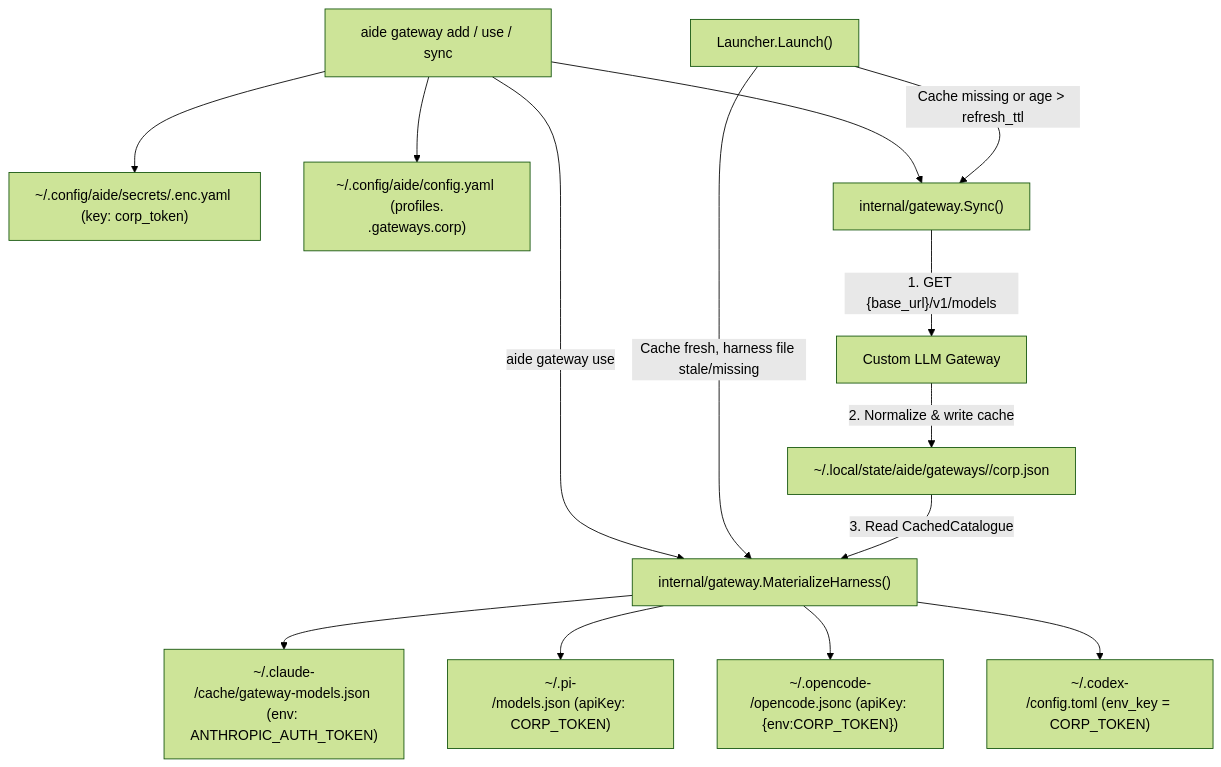
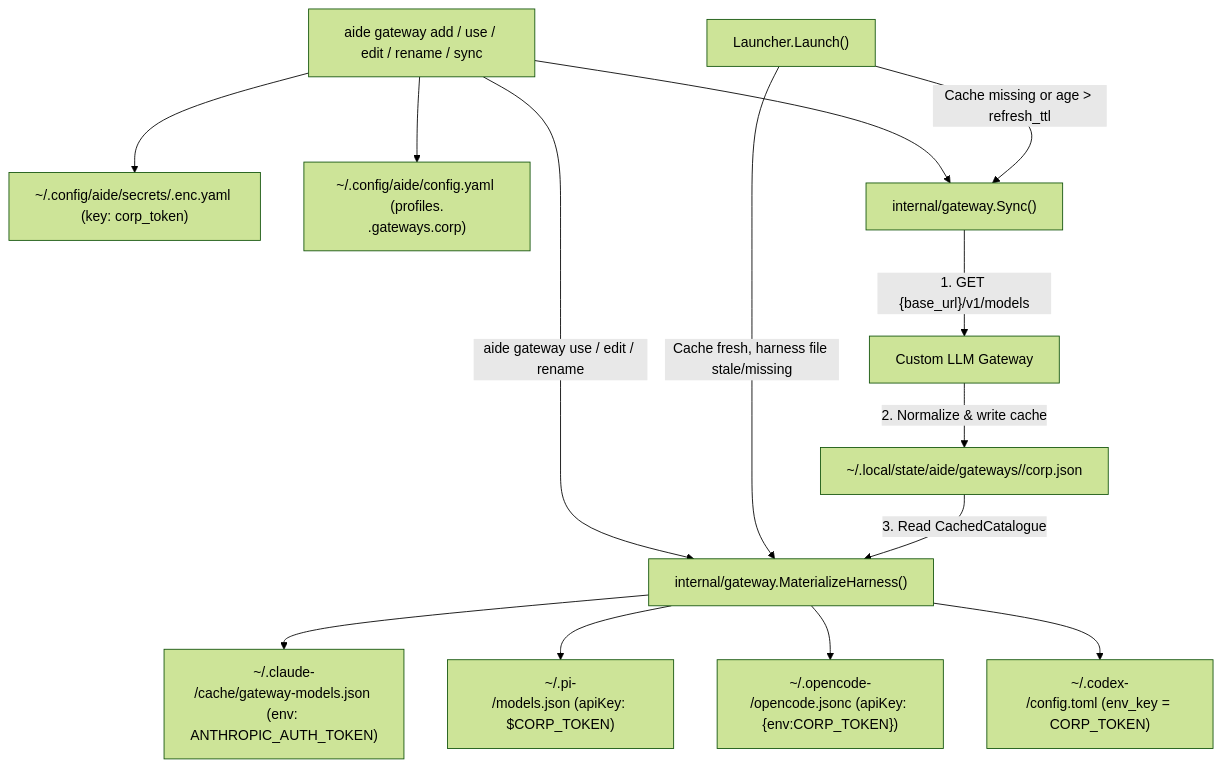
One commit to jskswamy/aide changed the diagram in docs/designs/gateway/design.md. Above: the diagram before and after it, drawn with Mermaid (forest theme). The commit also changed other lines of this file and 8 other files, not shown here.

First line of the commit message:
Add aide gateway edit and rename subcommands

````diff
--- a/docs/designs/gateway/design.md
+++ b/docs/designs/gateway/design.md
@@ -88,16 +89,16 @@
 ```mermaid
 flowchart TD
-    CLI["aide gateway add / use / sync"] --> SecretStore["~/.config/aide/secrets/<store>.enc.yaml (key: corp_token)"]
+    CLI["aide gateway add / use / edit / rename / sync"] --> SecretStore["~/.config/aide/secrets/<store>.enc.yaml (key: corp_token)"]
     CLI --> ConfigYAML["~/.config/aide/config.yaml (profiles.<p>.gateways.corp)"]
     CLI --> SyncEngine["internal/gateway.Sync()"]
-    CLI -->|"aide gateway use"| Materialize["internal/gateway.MaterializeHarness()"]
+    CLI -->|"aide gateway use / edit / rename"| Materialize["internal/gateway.MaterializeHarness()"]
     Launcher["Launcher.Launch()"] -->|"Cache missing or age > refresh_ttl"| SyncEngine
     Launcher -->|"Cache fresh, harness file stale/missing"| Materialize
     SyncEngine -->|"1. GET {base_url}/v1/models"| RemoteGW["Custom LLM Gateway"]
     RemoteGW -->|"2. Normalize & write cache"| StateCache["~/.local/state/aide/gateways/<profile>/corp.json"]
     StateCache -->|"3. Read CachedCatalogue"| Materialize
     Materialize --> ClaudeCfg["~/.claude-<p>/cache/gateway-models.json (env: ANTHROPIC_AUTH_TOKEN)"]
-    Materialize --> PiCfg["~/.pi-<p>/models.json (apiKey: CORP_TOKEN)"]
+    Materialize --> PiCfg["~/.pi-<p>/models.json (apiKey: $CORP_TOKEN)"]
     Materialize --> OpenCodeCfg["~/.opencode-<p>/opencode.jsonc (apiKey: {env:CORP_TOKEN})"]
     Materialize --> CodexCfg["~/.codex-<p>/config.toml (env_key = CORP_TOKEN)"]
 ```
````
